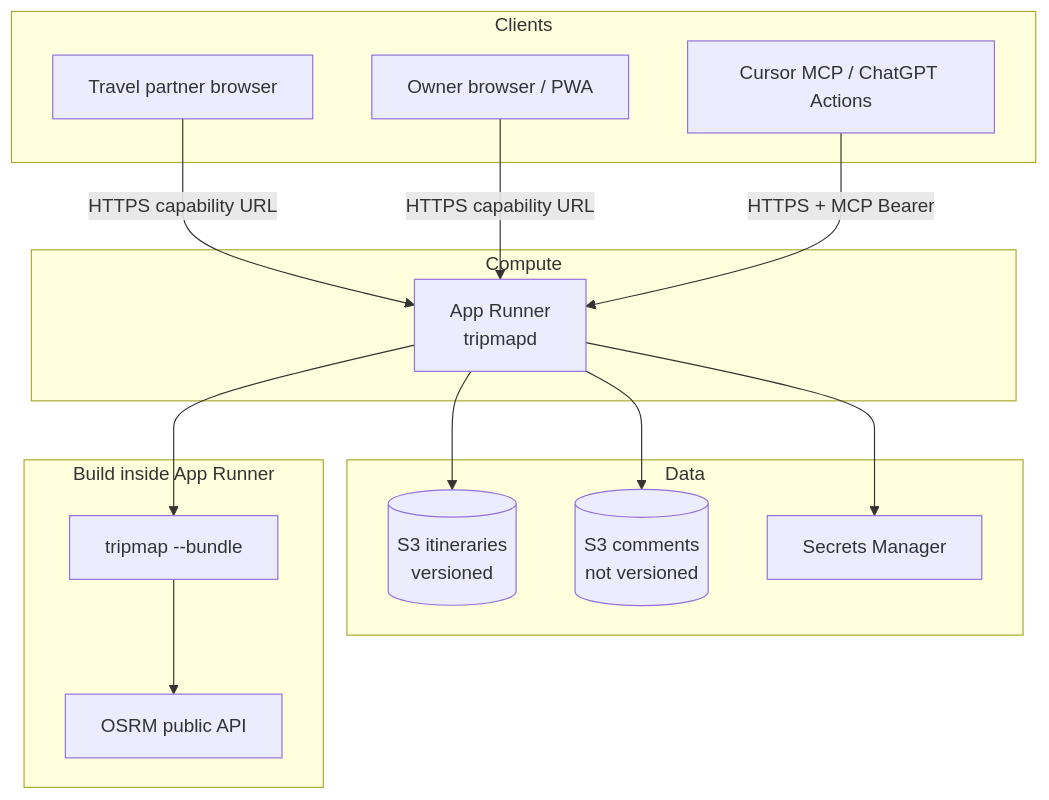
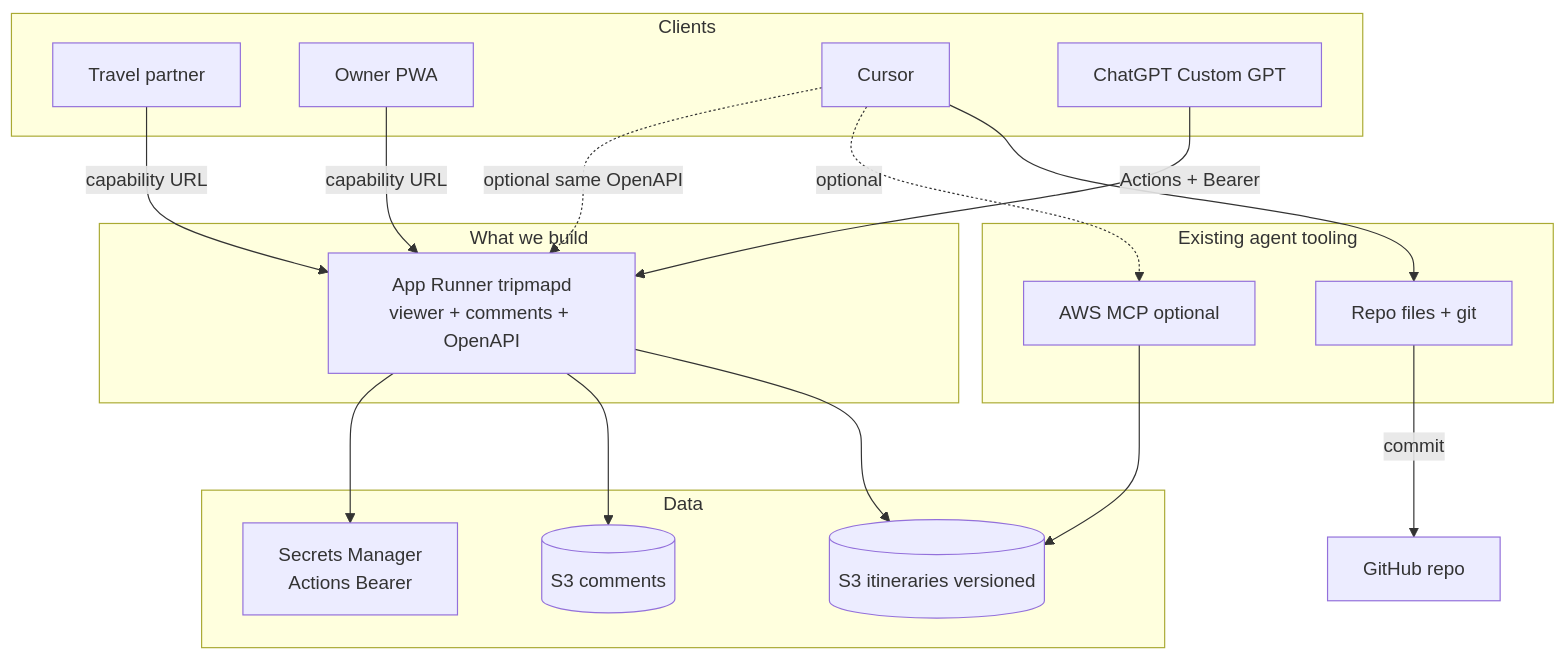
The diagram in docs/aws-deployment.md (yaronf/tripmap), drawn with Mermaid before and after one commit. The commit also changed other lines of this file, not shown here.

First line of the commit message:
Simplify AWS plan: OpenAPI + existing Cursor/GPT tooling.

````diff
--- a/docs/aws-deployment.md
+++ b/docs/aws-deployment.md
@@ -61,33 +61,36 @@
 ```mermaid
 flowchart TB
   subgraph clients [Clients]
-    partner[Travel partner browser]
-    you[Owner browser / PWA]
-    agent[Cursor MCP / ChatGPT Actions]
+    partner[Travel partner]
+    you[Owner PWA]
+    cursor[Cursor]
+    gpt[ChatGPT Custom GPT]
   end
 
-  subgraph compute [Compute]
-    ar[App Runner<br/>tripmapd]
+  subgraph existing [Existing agent tooling]
+    awsmcp[AWS MCP optional]
+    ghtools[Repo files + git]
+  end
+
+  subgraph compute [What we build]
+    ar[App Runner tripmapd<br/>viewer + comments + OpenAPI]
   end
 
   subgraph data [Data]
-    s3y[(S3 itineraries<br/>versioned)]
-    s3c[(S3 comments<br/>not versioned)]
-    sm[Secrets Manager]
+    s3y[(S3 itineraries versioned)]
+    s3c[(S3 comments)]
+    sm[Secrets Manager<br/>Actions Bearer]
   end
 
-  subgraph build [Build inside App Runner]
-    bundle[tripmap --bundle]
-    osrm[OSRM public API]
-  end
-
-  partner -->|HTTPS capability URL| ar
-  you -->|HTTPS capability URL| ar
-  agent -->|HTTPS + MCP Bearer| ar
-
+  partner -->|capability URL| ar
+  you -->|capability URL| ar
+  gpt -->|Actions + Bearer| ar
+  cursor --> ghtools
+  cursor -.->|optional| awsmcp
+  cursor -.->|optional same OpenAPI| ar
+  awsmcp --> s3y
+  ghtools -->|commit| gh[GitHub repo]
   ar --> s3y
   ar --> s3c
   ar --> sm
-  ar --> bundle
-  bundle --> osrm
 ```
````
